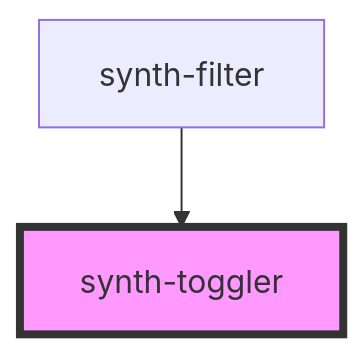
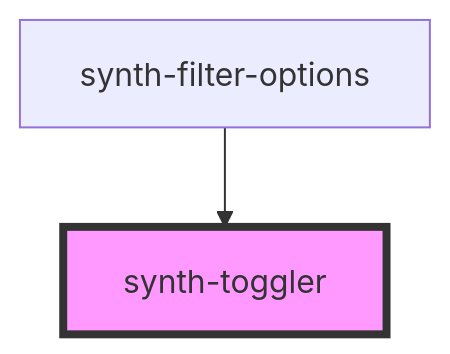
One commit to adrianiy/synth-ui changed the diagram in packages/synth-components/src/components/toggler/readme.md. Above: the diagram before and after it, drawn with Mermaid. The commit also changed other lines of this file and 17 other files, not shown here.

````diff
--- a/packages/synth-components/src/components/toggler/readme.md
+++ b/packages/synth-components/src/components/toggler/readme.md
@@ -23,5 +23,5 @@
 ```mermaid
 graph TD;
-  synth-filter --> synth-toggler
+  synth-filter-options --> synth-toggler
   style synth-toggler fill:#f9f,stroke:#333,stroke-width:4px
 ```
````
